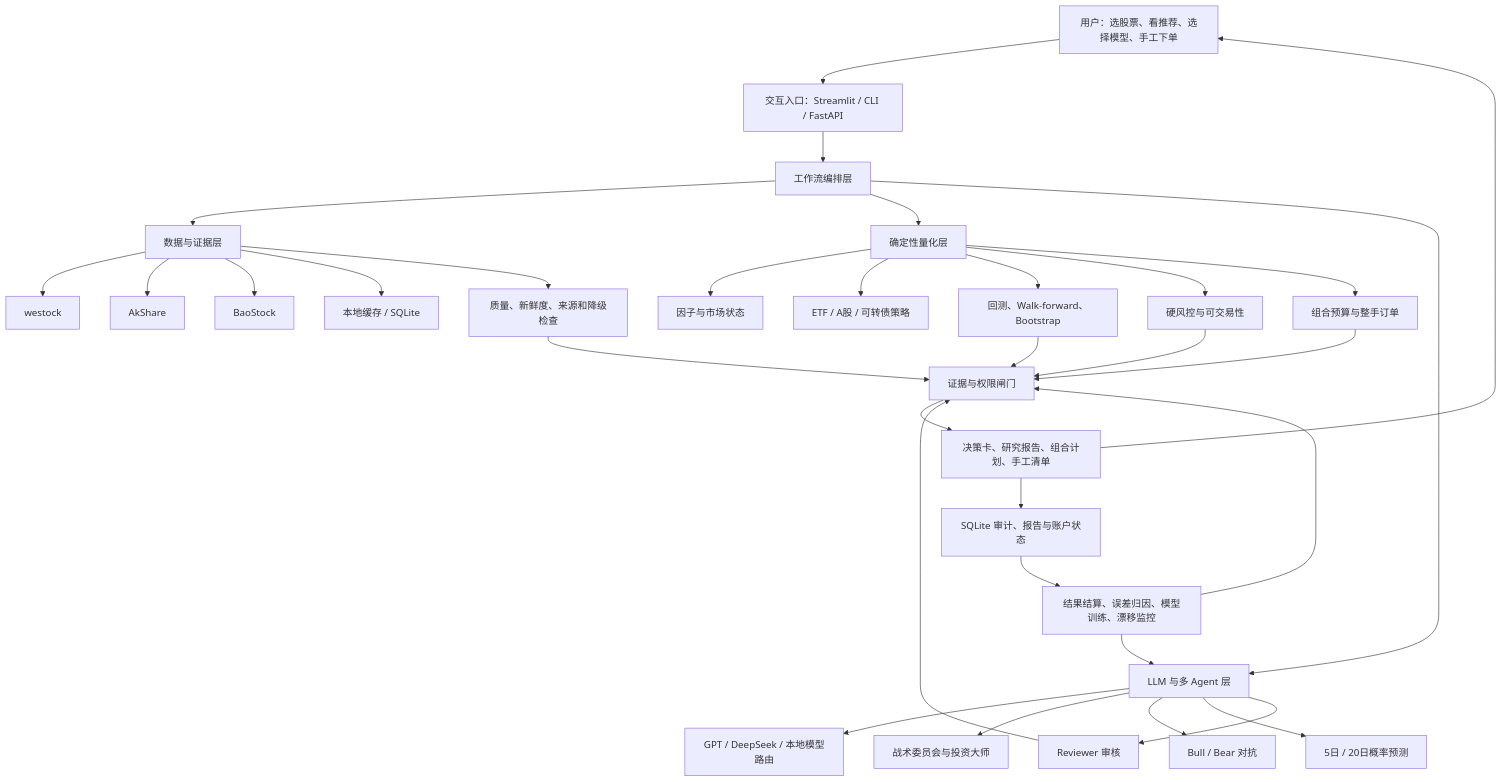
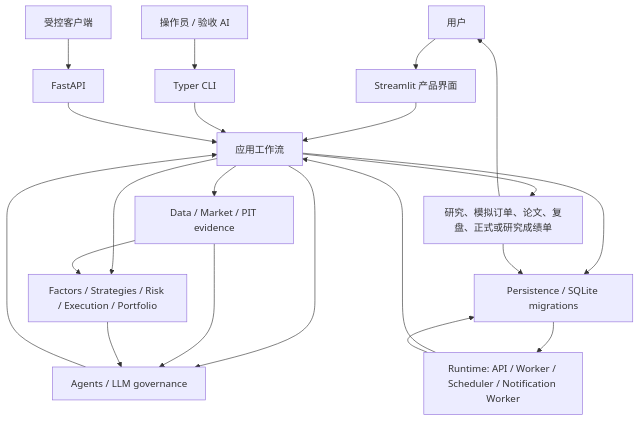
Before and after one commit to guoohhh/quantlab: the first of 4 diagrams in docs/handbook/03_ARCHITECTURE_AND_DATA_FLOW.md, drawn with Mermaid. The commit also changed other lines of this file and 229 other files, not shown here.

````diff
--- a/docs/handbook/03_ARCHITECTURE_AND_DATA_FLOW.md
+++ b/docs/handbook/03_ARCHITECTURE_AND_DATA_FLOW.md
@@ -18,41 +21,28 @@
 ```mermaid
 flowchart TB
-    U["用户：选股票、看推荐、选择模型、手工下单"] --> UI["交互入口：Streamlit / CLI / FastAPI"]
+    U["用户"] --> UI["Streamlit 产品界面"]
+    O["操作员 / 验收 AI"] --> CLI["Typer CLI"]
+    C["受控客户端"] --> API["FastAPI"]
 
-    UI --> WF["工作流编排层"]
+    UI --> WF["应用工作流"]
+    CLI --> WF
+    API --> WF
 
-    WF --> DATA["数据与证据层"]
-    DATA --> P1["westock"]
-    DATA --> P2["AkShare"]
-    DATA --> P3["BaoStock"]
-    DATA --> P4["本地缓存 / SQLite"]
-    DATA --> Q["质量、新鲜度、来源和降级检查"]
+    WF --> DATA["Data / Market / PIT evidence"]
+    WF --> DET["Factors / Strategies / Risk / Execution / Portfolio"]
+    WF --> AI["Agents / LLM governance"]
+    WF --> DB["Persistence / SQLite migrations"]
 
-    WF --> DET["确定性量化层"]
-    DET --> F["因子与市场状态"]
-    DET --> S["ETF / A股 / 可转债策略"]
-    DET --> BT["回测、Walk-forward、Bootstrap"]
-    DET --> R["硬风控与可交易性"]
-    DET --> PF["组合预算与整手订单"]
+    DATA --> DET
+    DATA --> AI
+    DET --> AI
+    AI --> WF
 
-    WF --> AI["LLM 与多 Agent 层"]
-    AI --> ROUTE["GPT / DeepSeek / 本地模型路由"]
-    AI --> COUNCIL["战术委员会与投资大师"]
-    AI --> DEBATE["Bull / Bear 对抗"]
-    AI --> FC["5日 / 20日概率预测"]
-    AI --> REVIEW["Reviewer 审核"]
+    RT["Runtime: API / Worker / Scheduler / Notification Worker"] --> WF
+    RT --> DB
+    DB --> RT
 
-    Q --> GATE["证据与权限闸门"]
-    BT --> GATE
-    R --> GATE
-    PF --> GATE
-    REVIEW --> GATE
-
-    GATE --> OUT["决策卡、研究报告、组合计划、手工清单"]
-    OUT --> DB["SQLite 审计、报告与账户状态"]
+    WF --> OUT["研究、模拟订单、论文、复盘、正式或研究成绩单"]
     OUT --> U
-
-    DB --> LEARN["结果结算、误差归因、模型训练、漂移监控"]
-    LEARN --> AI
-    LEARN --> GATE
+    OUT --> DB
 ```
````
